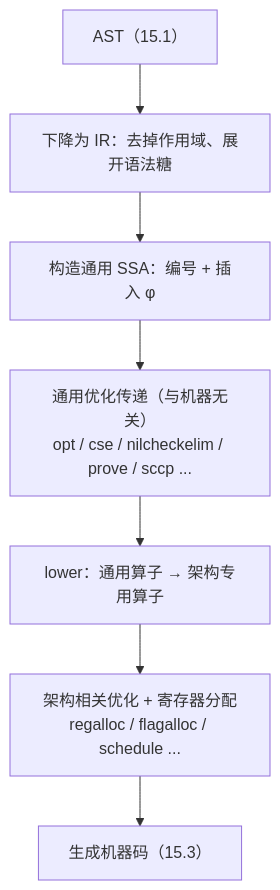
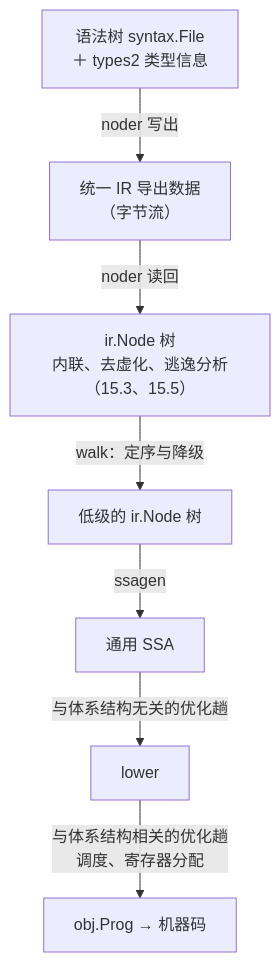
The diagram in book/zh-cn/part5toolchain/ch15compile/ssa.md (golang-design/under-the-hood), drawn with Mermaid before and after one commit. The commit also changed other lines of this file and 7 other files, not shown here.

````diff
--- a/book/zh-cn/part5toolchain/ch15compile/ssa.md
+++ b/book/zh-cn/part5toolchain/ch15compile/ssa.md
@@ -134,9 +15,9 @@
 ```mermaid
 flowchart TD
-    AST["AST（15.1）"] --> IR["下降为 IR：去掉作用域、展开语法糖"]
-    IR --> GEN["构造通用 SSA：编号 + 插入 φ"]
-    GEN --> OPT["通用优化传递（与机器无关）<br/>opt / cse / nilcheckelim / prove / sccp ..."]
-    OPT --> LOWER["lower：通用算子 → 架构专用算子"]
-    LOWER --> ARCH["架构相关优化 + 寄存器分配<br/>regalloc / flagalloc / schedule ..."]
-    ARCH --> MC["生成机器码（15.3）"]
+    SYN["语法树 syntax.File<br/>＋ types2 类型信息"] -->|"noder 写出"| UIR["统一 IR 导出数据<br/>（字节流）"]
+        UIR -->|"noder 读回"| IR["ir.Node 树<br/>内联、去虚化、逃逸分析（15.3、15.5）"]
+    IR -->|"walk：定序与降级"| IR3["低级的 ir.Node 树"]
+    IR3 -->|"ssagen"| GSSA["通用 SSA"]
+    GSSA -->|"与体系结构无关的优化趟"| LOWER["lower"]
+    LOWER -->|"与体系结构相关的优化趟<br/>调度、寄存器分配"| PROG["obj.Prog → 机器码"]
 ```
````
